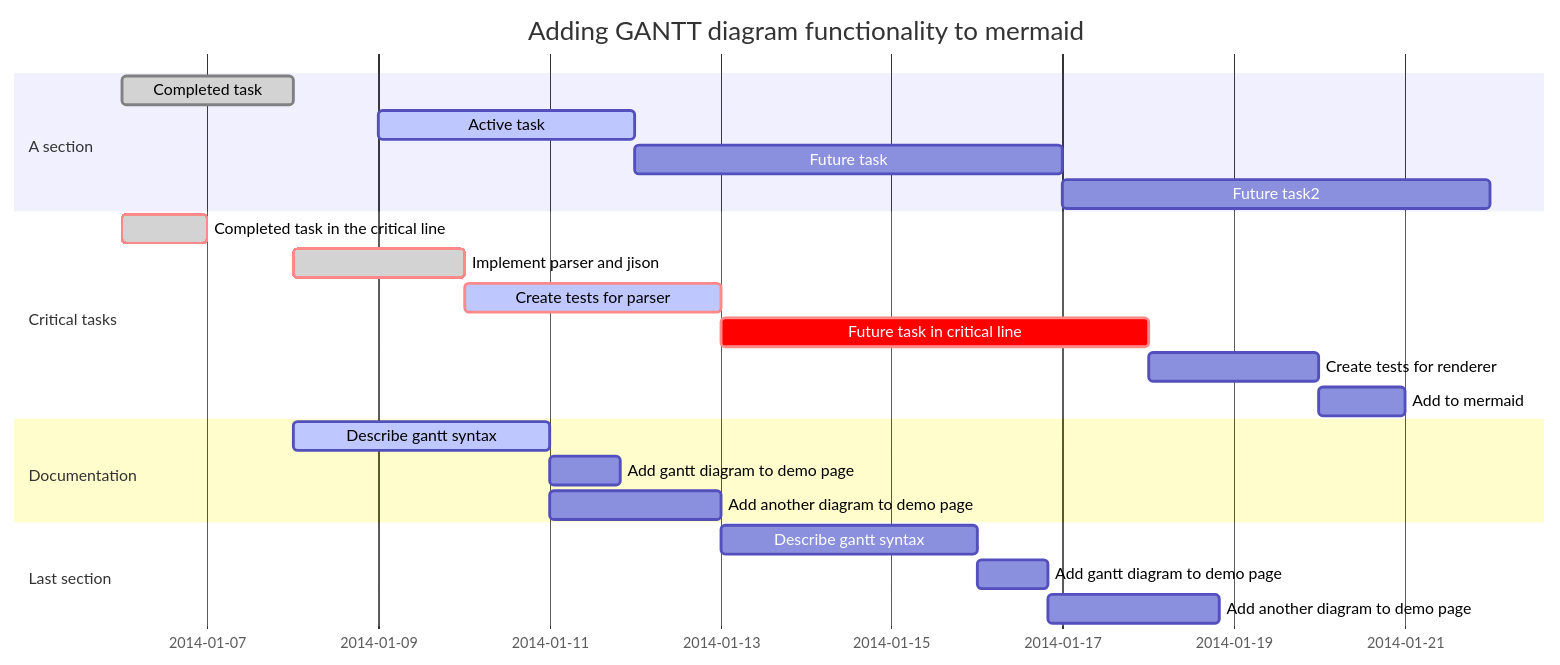
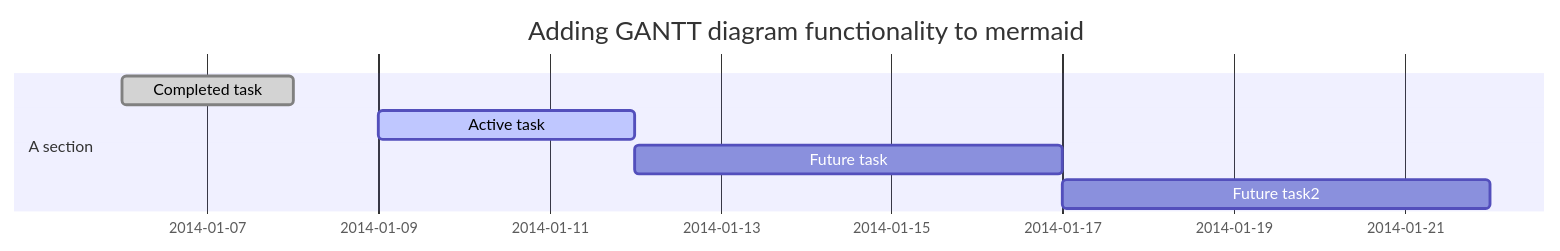
The diagram in README.md (jc-fenelon/hello-world-template), drawn with Mermaid before and after one commit. The commit also changed other lines of this file, not shown here.

````diff
--- a/README.md
+++ b/README.md
@@ -20,30 +19,11 @@
 ```mermaid
-%% Example with selection of syntaxes
         gantt
         dateFormat  YYYY-MM-DD
         title Adding GANTT diagram functionality to mermaid
 
         section A section
         Completed task            :done,    des1, 2014-01-06,2014-01-08
         Active task               :active,  des2, 2014-01-09, 3d
         Future task               :         des3, after des2, 5d
         Future task2               :         des4, after des3, 5d
-
-        section Critical tasks
-        Completed task in the critical line :crit, done, 2014-01-06,24h
-        Implement parser and jison          :crit, done, after des1, 2d
-        Create tests for parser             :crit, active, 3d
-        Future task in critical line        :crit, 5d
-        Create tests for renderer           :2d
-        Add to mermaid                      :1d
-
-        section Documentation
-        Describe gantt syntax               :active, a1, after des1, 3d
-        Add gantt diagram to demo page      :after a1  , 20h
-        Add another diagram to demo page    :doc1, after a1  , 48h
-
-        section Last section
-        Describe gantt syntax               :after doc1, 3d
-        Add gantt diagram to demo page      : 20h
-        Add another diagram to demo page    : 48h
 ```
````
